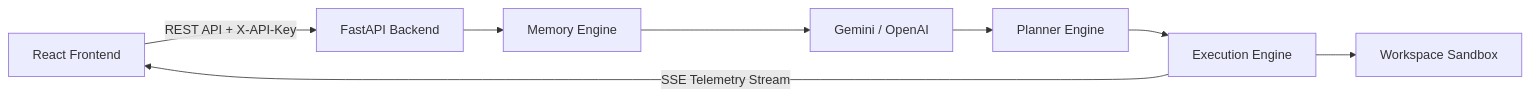
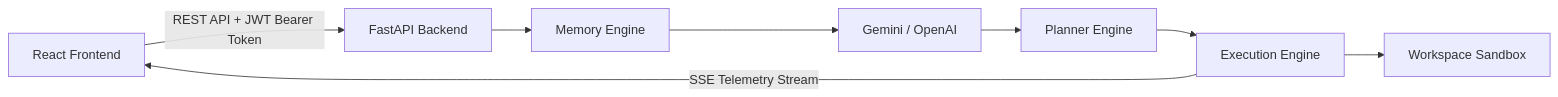
One commit to aashbirsingh25/codeforge-ai changed the diagram in README.md. Above: the diagram before and after it, drawn with Mermaid. The commit also changed other lines of this file, not shown here.

First line of the commit message:
Update README to reflect JWT authentication and correct stale claims

````diff
--- a/README.md
+++ b/README.md
@@ -121,19 +121,19 @@
 ```mermaid
 flowchart LR
 
 A[React Frontend]
 B[FastAPI Backend]
 C[Memory Engine]
 D[Planner Engine]
 E[Execution Engine]
 F[Workspace Sandbox]
 G[Gemini / OpenAI]
 
-A -->|REST API + X-API-Key| B
+A -->|REST API + JWT Bearer Token| B
 B --> C
 C --> G
 G --> D
 D --> E
 E --> F
 E -->|SSE Telemetry Stream| A
 ```
````
